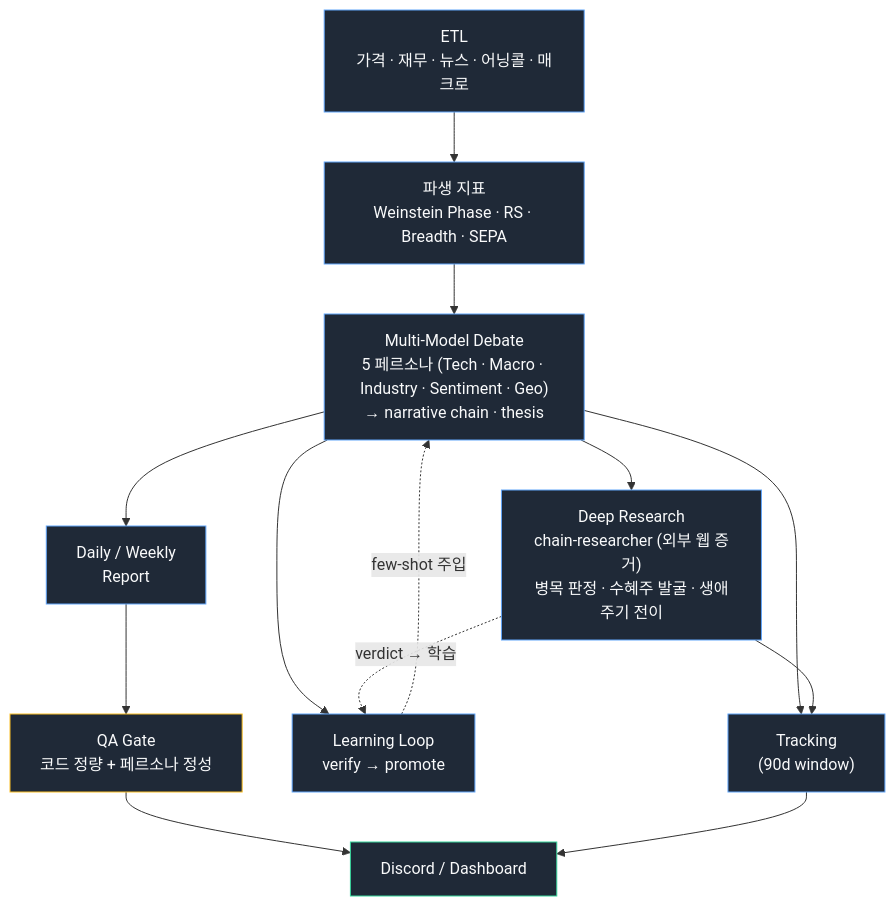
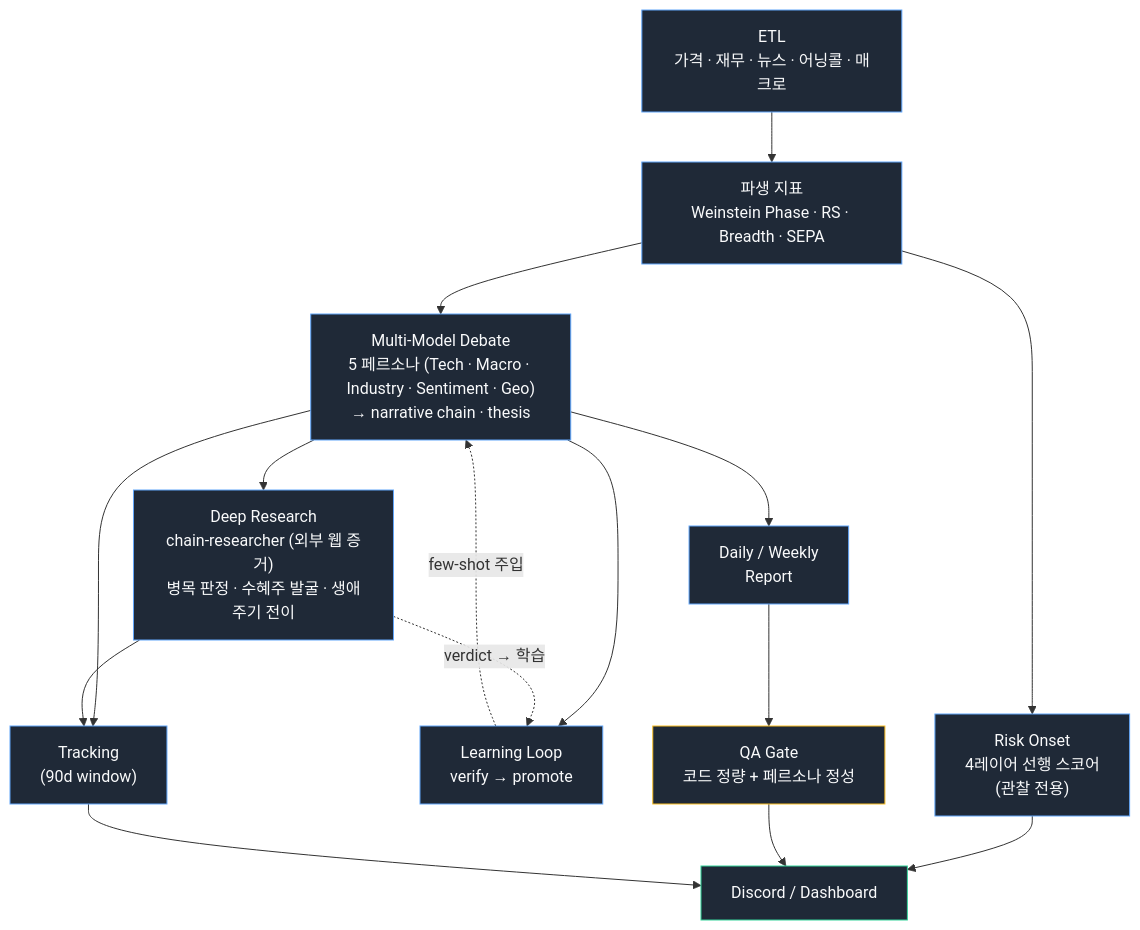
The diagram in README.md (sossost/market-analyst-showcase), drawn with Mermaid before and after one commit. The commit also changed other lines of this file and 1 other file, not shown here.

````diff
--- a/README.md
+++ b/README.md
@@ -28,32 +32,35 @@
 ```mermaid
 flowchart TB
     ETL["ETL<br/>가격 · 재무 · 뉴스 · 어닝콜 · 매크로"]
     DERIVED["파생 지표<br/>Weinstein Phase · RS · Breadth · SEPA"]
     DEBATE["Multi-Model Debate<br/>5 페르소나 (Tech · Macro · Industry · Sentiment · Geo)<br/>→ narrative chain · thesis"]
     RESEARCH["Deep Research<br/>chain-researcher (외부 웹 증거)<br/>병목 판정 · 수혜주 발굴 · 생애주기 전이"]
     REPORT["Daily / Weekly<br/>Report"]
     TRACK["Tracking<br/>(90d window)"]
     LEARN["Learning Loop<br/>verify → promote"]
+    RISK["Risk Onset<br/>4레이어 선행 스코어<br/>(관찰 전용)"]
     QA["QA Gate<br/>코드 정량 + 페르소나 정성"]
     OUT["Discord / Dashboard"]
 
     ETL --> DERIVED
     DERIVED --> DEBATE
+    DERIVED --> RISK
+    RISK --> OUT
     DEBATE --> RESEARCH
     DEBATE --> REPORT
     DEBATE --> TRACK
     DEBATE --> LEARN
     RESEARCH --> TRACK
     RESEARCH -. verdict → 학습 .-> LEARN
     LEARN -. few-shot 주입 .-> DEBATE
     REPORT --> QA
     QA --> OUT
     TRACK --> OUT
 
     classDef stage fill:#1f2937,stroke:#60a5fa,color:#f9fafb,stroke-width:1px
     classDef gate fill:#1f2937,stroke:#fbbf24,color:#f9fafb,stroke-width:1px
     classDef out fill:#1f2937,stroke:#34d399,color:#f9fafb,stroke-width:1px
-    class ETL,DERIVED,DEBATE,RESEARCH,REPORT,TRACK,LEARN stage
+    class ETL,DERIVED,DEBATE,RESEARCH,REPORT,TRACK,LEARN,RISK stage
     class QA gate
     class OUT out
 ```
````
